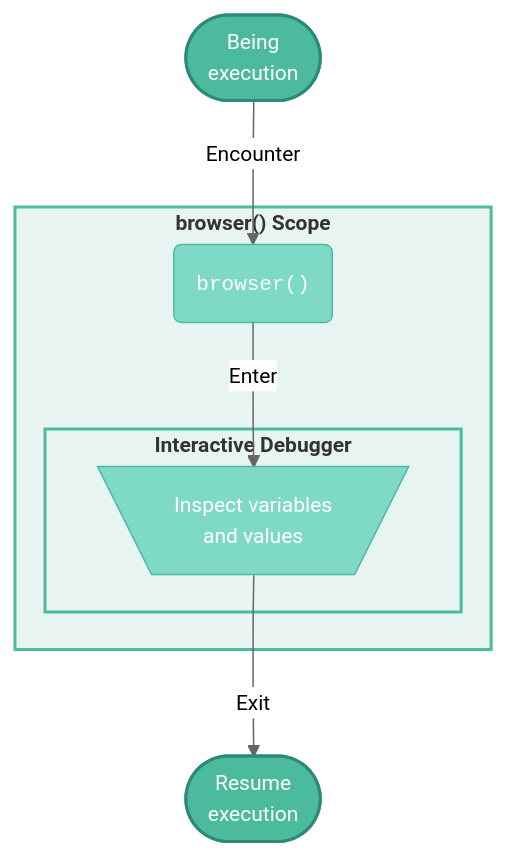
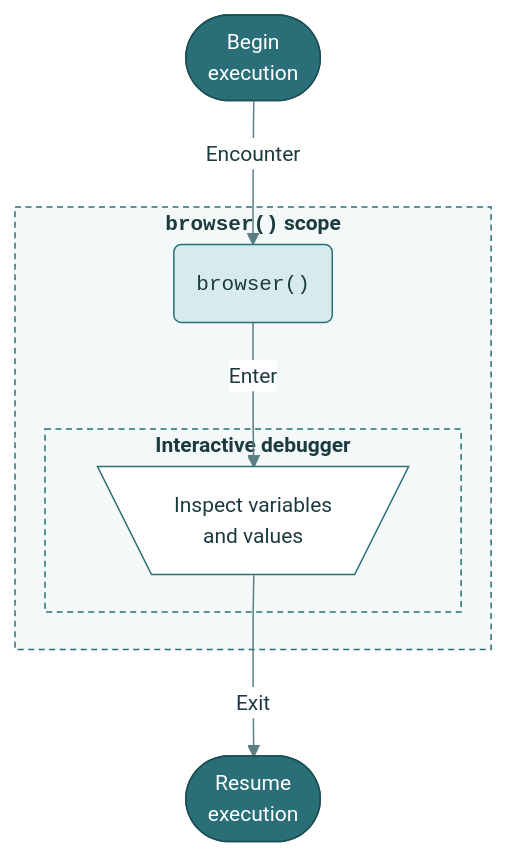
The second of 3 diagrams in debugger.qmd (mjfrigaard/shiny-app-pkgs), drawn with Mermaid before and after one commit. The commit also changed other lines of this file and 22 other files, not shown here.

First line of the commit message:
Standardize mermaid diagrams on the site teal palette

````diff
--- a/debugger.qmd
+++ b/debugger.qmd
@@ -125,24 +124,26 @@
 ```{mermaid}
 %%| fig-cap: 'How `browser()` works in regular R function'
 %%| fig-align: center
-%%{init: {'theme': 'neutral', 'themeVariables': { 'fontFamily': 'monospace', "fontSize":"14px"}}}%%
+%%{init: {'theme': 'base', 'themeVariables': { 'fontFamily': 'monospace', "fontSize":"14px", "primaryColor":"#D7EBEC", "primaryTextColor":"#1B3B3F", "primaryBorderColor":"#2A6F77", "lineColor":"#5A7F83", "edgeLabelBackground":"#FFFFFF", "clusterBkg":"#F3F8F8", "clusterBorder":"#2A6F77", "darkMode":false}}}%%
 flowchart TD
-        Running(["Being<br>execution"])
-            subgraph Browse["<strong>browser() Scope</strong>"]
-                Browser("<code>browser()</code>")
-                subgraph Debugger["<strong>Interactive Debugger</strong>"]
-                 Step[\"Inspect variables<br>and values"/]
-                end
+    Running(["Begin<br>execution"])
+    subgraph Browse["<strong><code>browser()</code> scope</strong>"]
+        Browser("<code>browser()</code>")
+        subgraph Debugger["<strong>Interactive debugger</strong>"]
+            Step[\"Inspect variables<br>and values"/]
         end
-        Resume(["Resume<br>execution"])
+    end
+    Resume(["Resume<br>execution"])
 
-Running -->|"Encounter"| Browser --> |"Enter"|Step -->|"Exit"|Resume
+    Running -->|"Encounter"| Browser -->|"Enter"| Step -->|"Exit"| Resume
 
-    style Running fill:#4CBB9D,color:#fff,stroke:#2d8a7a,stroke-width:2px
-    style Browser fill:#7fd9c7,color:#fff,stroke:#4CBB9D,stroke-width:1px
-    style Step fill:#7fd9c7,color:#fff,stroke:#4CBB9D,stroke-width:1px
-    style Resume fill:#4CBB9D,color:#fff,stroke:#2d8a7a,stroke-width:2px
-    style Debugger fill:#e8f4f1,stroke:#4CBB9D,stroke-width:2px
-    style Browse fill:#e8f4f1,stroke:#4CBB9D,stroke-width:2px
-
+    classDef term fill:#2A6F77,color:#FFFFFF,stroke:#1B4F55,stroke-width:1px
+    classDef step fill:#D7EBEC,color:#1B3B3F,stroke:#2A6F77,stroke-width:1px
+    classDef decision fill:#F4C26B,color:#3D2A00,stroke:#B7832B,stroke-width:1px
+    classDef io fill:#FFFFFF,color:#1B3B3F,stroke:#2A6F77,stroke-width:1px
+    class Running,Resume term
+    class Browser step
+    class Step io
+    style Browse fill:#F3F8F8,color:#1B3B3F,stroke:#2A6F77,stroke-width:1px,stroke-dasharray:4 3
+    style Debugger fill:#F3F8F8,color:#1B3B3F,stroke:#2A6F77,stroke-width:1px,stroke-dasharray:4 3
 ```
````
